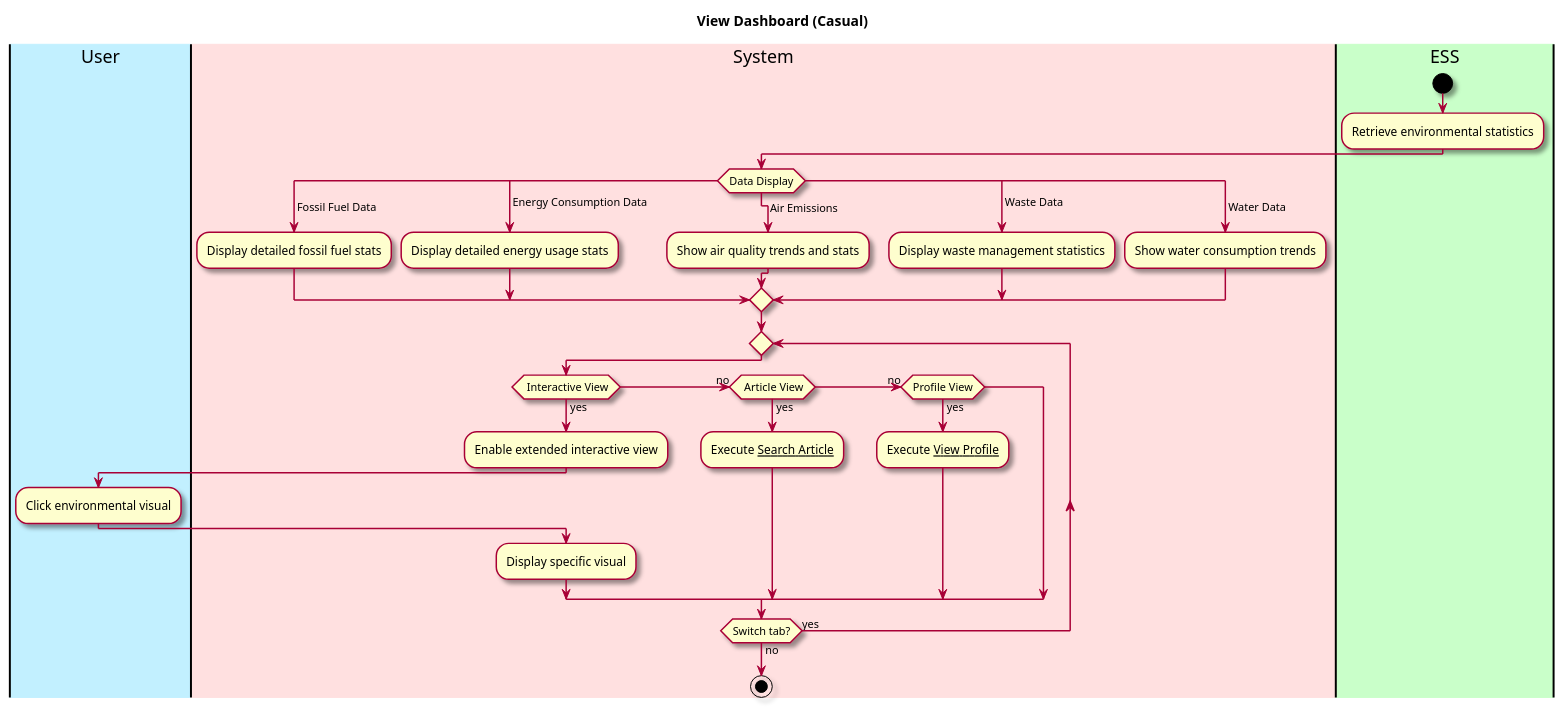
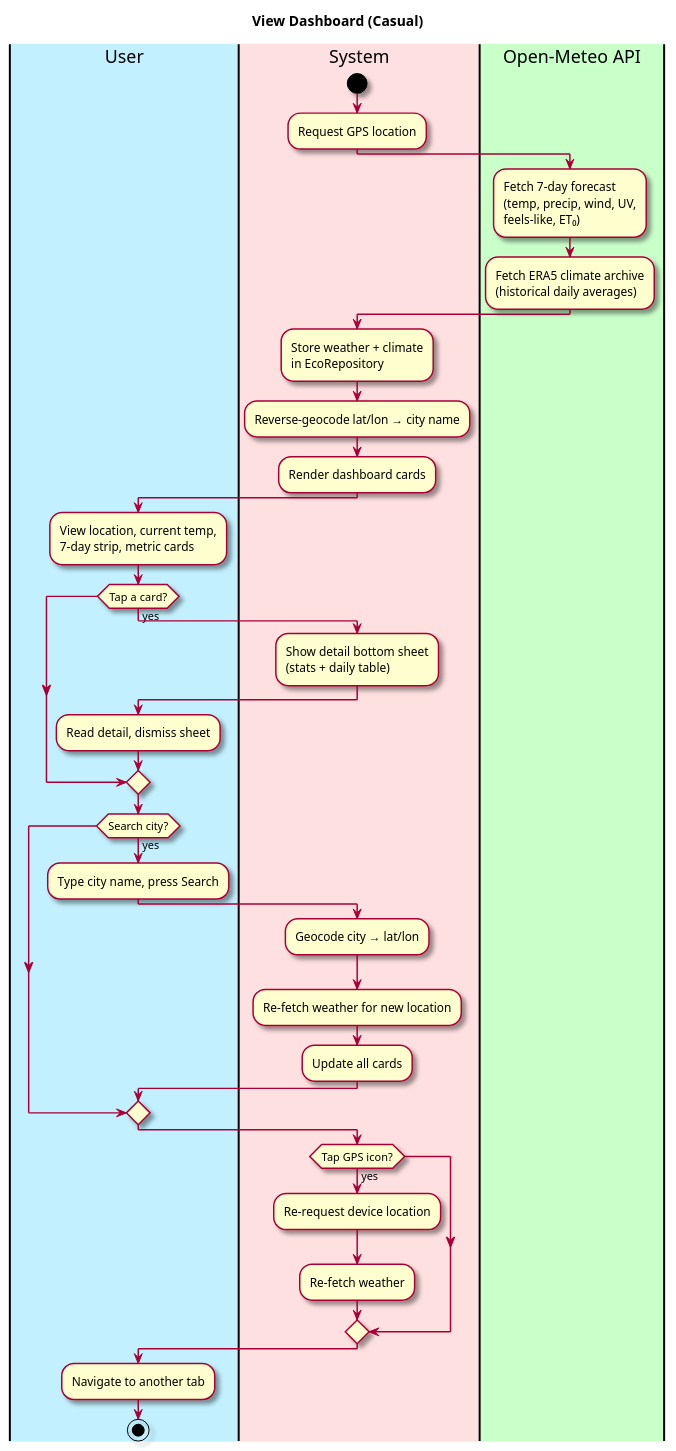
One commit to owhitleym-ui/EcoScoop changed the first of 4 diagrams in intellij/doc/use-cases/view-dashboard.md. Above: the diagram before and after it, drawn with PlantUML. The commit also changed other lines of this file and 12 other files, not shown here.

Commit message:
Updated documentation, class diagram, use cases, and readme

````diff
--- a/intellij/doc/use-cases/view-dashboard.md
+++ b/intellij/doc/use-cases/view-dashboard.md
@@ -24,60 +24,53 @@
 ```plantuml
 @startuml
-
 skin rose
 
 title View Dashboard (Casual)
 
-'define the lanes
 |#application|User|
 |#implementation|System|
-|#technology|ESS|
-
-start
-
-|ESS|
-:Retrieve environmental statistics;
-
+|#technology|Open-Meteo API|
 
 |System|
-switch (Data Display)
-    case ( Fossil Fuel Data)
-        |System|
-        :Display detailed fossil fuel stats;
-    case ( Energy Consumption Data)
-        |System|
-        :Display detailed energy usage stats;
-    case (   Air Emissions)
-        |System|
-        :Show air quality trends and stats;
-    case ( Waste Data)
-        |System|
-        :Display waste management statistics;
-    case ( Water Data)
-        |System|
-        :Show water consumption trends;
+start
+:Request GPS location;
 
-endswitch
-
-repeat
-
-if ( Interactive View) then (yes)
-:Enable extended interactive view;
-|User|
-:Click environmental visual;
+|Open-Meteo API|
+:Fetch 7-day forecast\n(temp, precip, wind, UV,\nfeels-like, ET₀);
+:Fetch ERA5 climate archive\n(historical daily averages);
 
 |System|
-:Display specific visual;
-(no) elseif ( Article View) then (yes)
-:Execute __Search Article__;
+:Store weather + climate\nin EcoRepository;
+:Reverse-geocode lat/lon → city name;
+:Render dashboard cards;
 
-(no) elseif (Profile View) then (yes)
-:Execute __View Profile__;
+|User|
+:View location, current temp,\n7-day strip, metric cards;
+
+if (Tap a card?) then (yes)
+  |System|
+  :Show detail bottom sheet\n(stats + daily table);
+  |User|
+  :Read detail, dismiss sheet;
 endif
 
-repeat while (Switch tab?) is (yes) not (no)
+if (Search city?) then (yes)
+  |User|
+  :Type city name, press Search;
+  |System|
+  :Geocode city → lat/lon;
+  :Re-fetch weather for new location;
+  :Update all cards;
+endif
 
+if (Tap GPS icon?) then (yes)
+  |System|
+  :Re-request device location;
+  :Re-fetch weather;
+endif
 
+|User|
+:Navigate to another tab;
 stop
 @enduml
 ```
````
